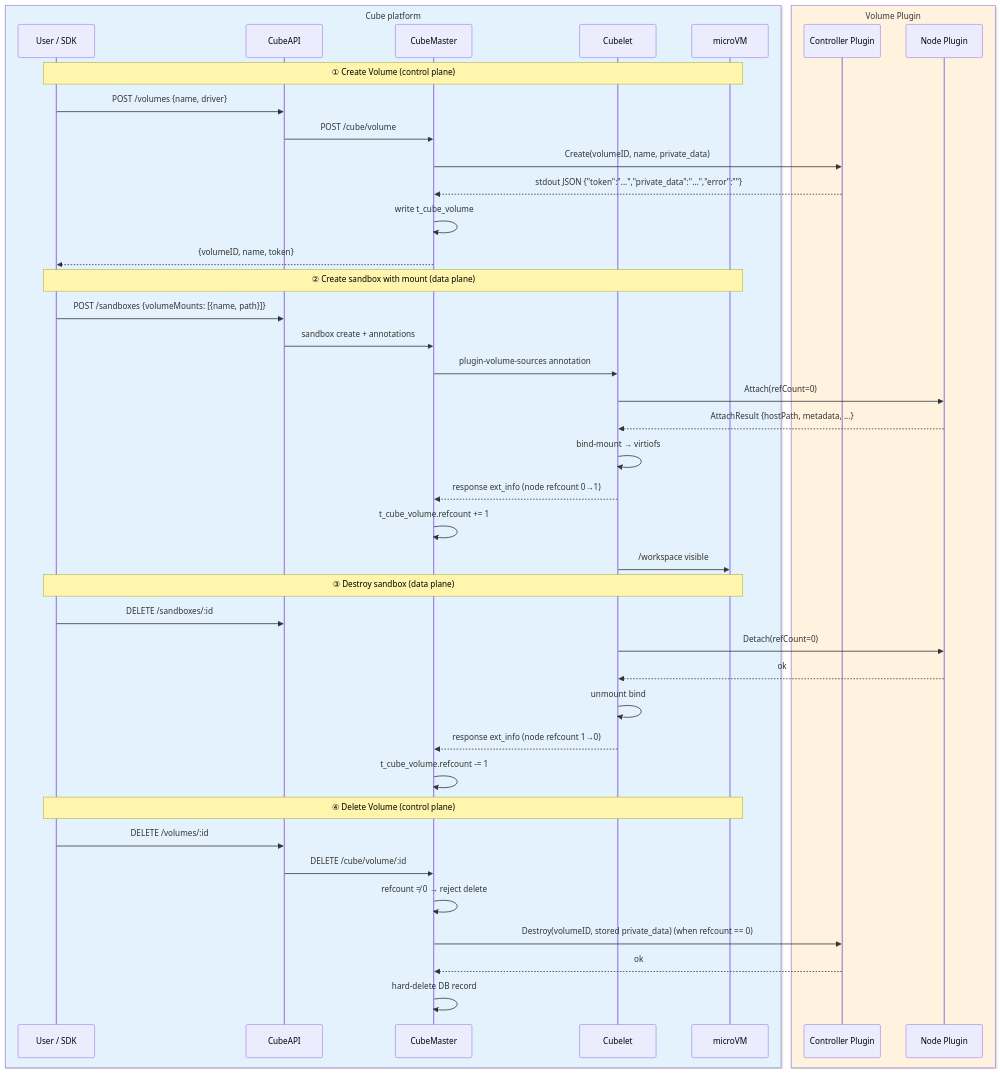
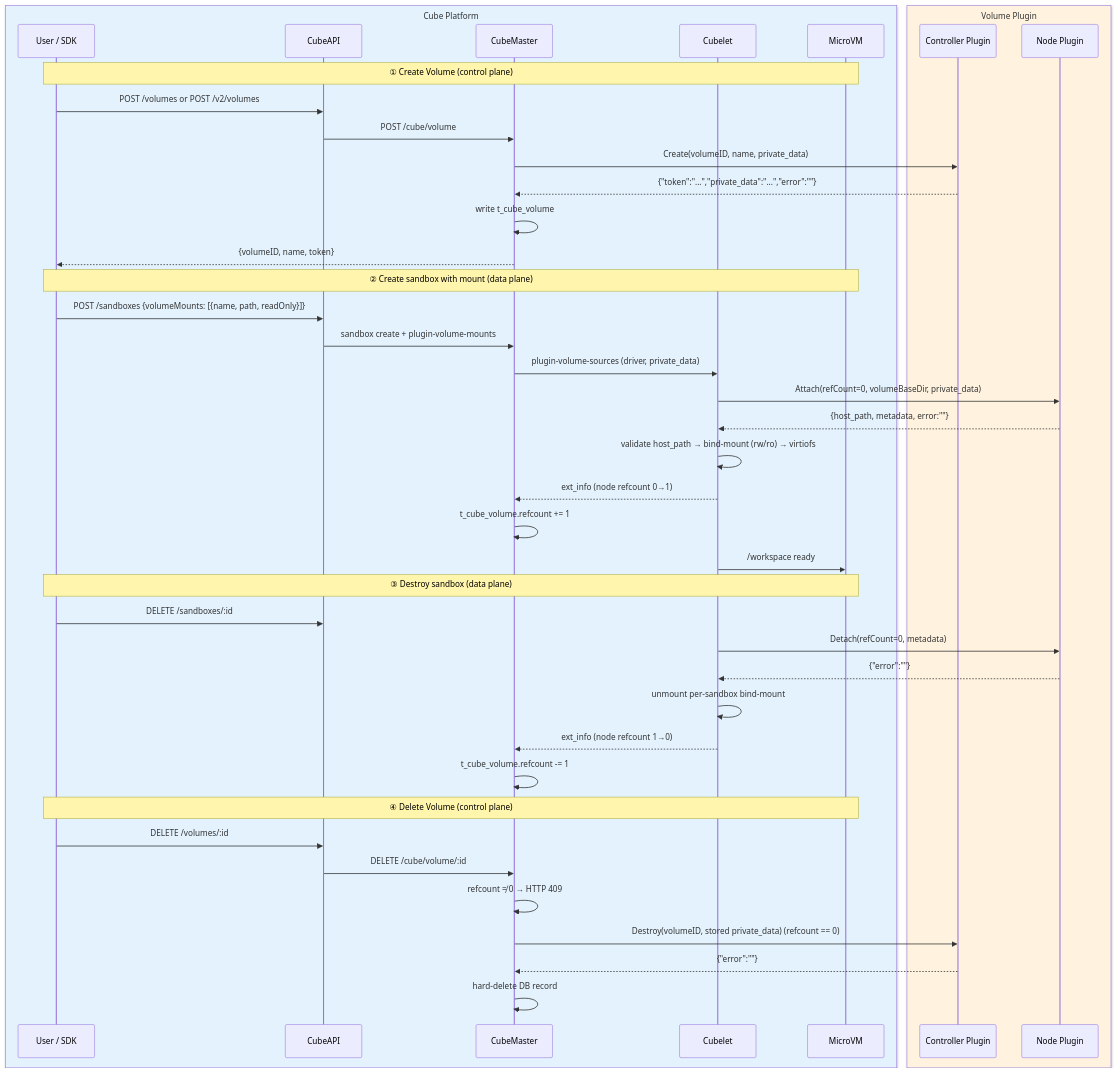
One commit to TencentCloud/CubeSandbox changed the fourth of 4 diagrams in docs/guide/volume-plugin.md. Above: the diagram before and after it, drawn with Mermaid. The commit also changed other lines of this file and 14 other files, not shown here.

First line of the commit message:
docs(storage): split storage docs into Volume Usage and Volume Plugin Development (#2377)

````diff
--- a/docs/guide/volume-plugin.md
+++ b/docs/guide/volume-plugin.md
@@ -372,49 +124,49 @@
 ```mermaid
 sequenceDiagram
-    box rgba(227,242,253,1) Cube platform
+    box rgba(227,242,253,1) Cube Platform
         participant U as User / SDK
         participant API as CubeAPI
         participant M as CubeMaster
         participant L as Cubelet
-        participant VM as microVM
+        participant VM as MicroVM
     end
     box rgba(255,243,224,1) Volume Plugin
         participant P as Controller Plugin
         participant N as Node Plugin
     end
 
     Note over U,VM: ① Create Volume (control plane)
-    U->>API: POST /volumes {name, driver}
+    U->>API: POST /volumes or POST /v2/volumes
     API->>M: POST /cube/volume
     M->>P: Create(volumeID, name, private_data)
-    P-->>M: stdout JSON {"token":"...","private_data":"...","error":""}
+    P-->>M: {"token":"...","private_data":"...","error":""}
     M->>M: write t_cube_volume
     M-->>U: {volumeID, name, token}
 
     Note over U,VM: ② Create sandbox with mount (data plane)
-    U->>API: POST /sandboxes {volumeMounts: [{name, path}]}
-    API->>M: sandbox create + annotations
-    M->>L: plugin-volume-sources annotation
-    L->>N: Attach(refCount=0)
-    N-->>L: AttachResult {hostPath, metadata, ...}
-    L->>L: bind-mount → virtiofs
-    L-->>M: response ext_info (node refcount 0→1)
+    U->>API: POST /sandboxes {volumeMounts: [{name, path, readOnly}]}
+    API->>M: sandbox create + plugin-volume-mounts
+    M->>L: plugin-volume-sources (driver, private_data)
+    L->>N: Attach(refCount=0, volumeBaseDir, private_data)
+    N-->>L: {host_path, metadata, error:""}
+    L->>L: validate host_path → bind-mount (rw/ro) → virtiofs
+    L-->>M: ext_info (node refcount 0→1)
     M->>M: t_cube_volume.refcount += 1
-    L->>VM: /workspace visible
+    L->>VM: /workspace ready
 
     Note over U,VM: ③ Destroy sandbox (data plane)
     U->>API: DELETE /sandboxes/:id
-    L->>N: Detach(refCount=0)
-    N-->>L: ok
-    L->>L: unmount bind
-    L-->>M: response ext_info (node refcount 1→0)
+    L->>N: Detach(refCount=0, metadata)
+    N-->>L: {"error":""}
+    L->>L: unmount per-sandbox bind-mount
+    L-->>M: ext_info (node refcount 1→0)
     M->>M: t_cube_volume.refcount -= 1
 
     Note over U,VM: ④ Delete Volume (control plane)
     U->>API: DELETE /volumes/:id
     API->>M: DELETE /cube/volume/:id
-    M->>M: refcount ≠ 0 → reject delete
-    M->>P: Destroy(volumeID, stored private_data) (when refcount == 0)
-    P-->>M: ok
+    M->>M: refcount ≠ 0 → HTTP 409
+    M->>P: Destroy(volumeID, stored private_data) (refcount == 0)
+    P-->>M: {"error":""}
     M->>M: hard-delete DB record
 ```
````
